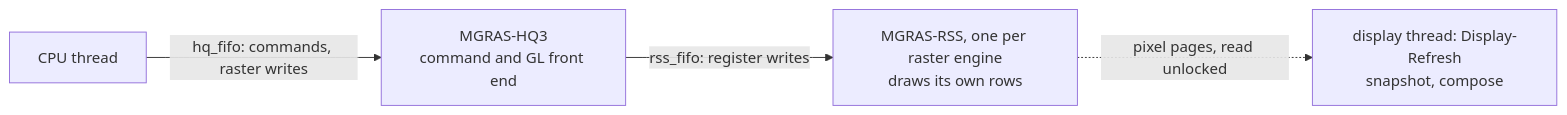
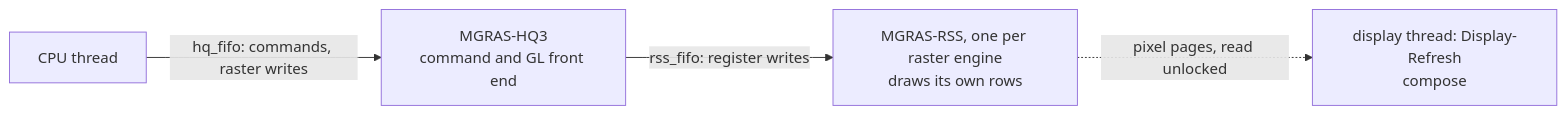
Before and after one commit to techomancer/iris: the third of 4 diagrams in docs/graphics/mgras.md, drawn with Mermaid. The commit also changed other lines of this file and 4 other files, not shown here.

First line of the commit message:
mgras: the display composes straight from the pixel pages

````diff
--- a/docs/graphics/mgras.md
+++ b/docs/graphics/mgras.md
@@ -66,6 +66,6 @@
 ```mermaid
 flowchart LR
   cpu["CPU thread"] -->|hq_fifo: commands, raster writes| hq["MGRAS-HQ3<br/>command and GL front end"]
   hq -->|rss_fifo: register writes| rss["MGRAS-RSS, one per raster engine<br/>draws its own rows"]
-  rss -.->|pixel pages, read unlocked| refresh["display thread: Display-Refresh<br/>snapshot, compose"]
+  rss -.->|pixel pages, read unlocked| refresh["display thread: Display-Refresh<br/>compose"]
 ```
````
